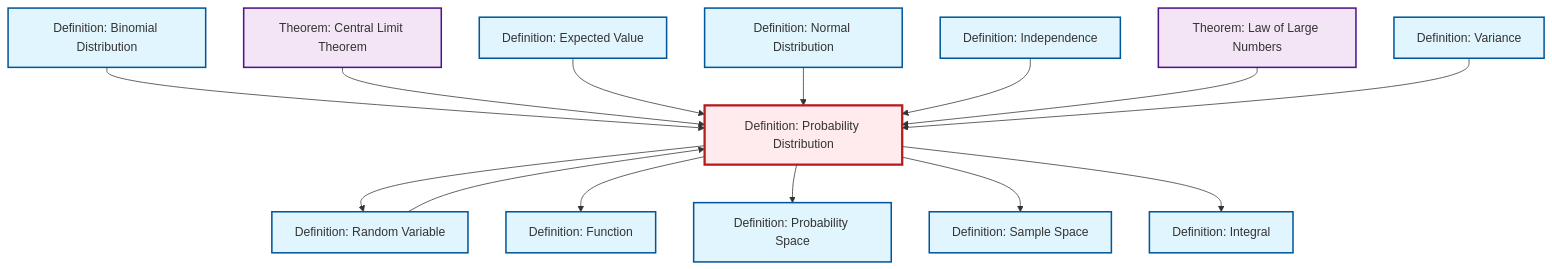
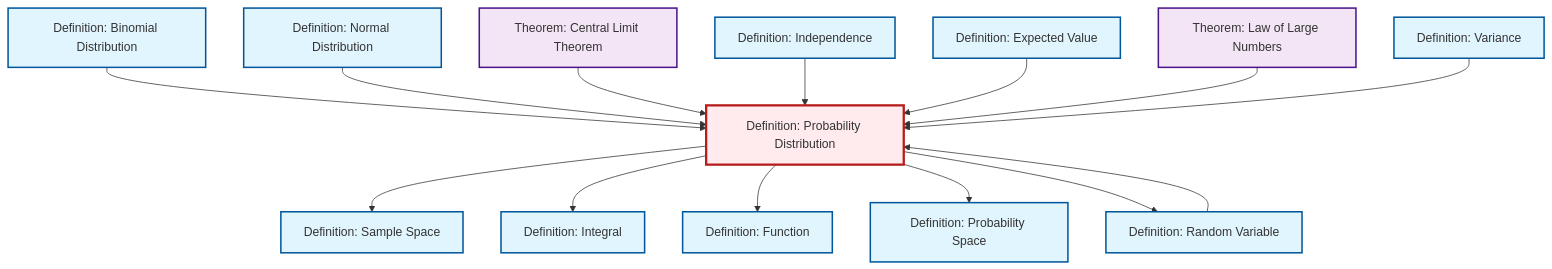
The diagram in content/en/probability-statistics/def-probability-distribution.qmd (RK0429/ModernMath), drawn with Mermaid before and after one commit. The commit also changed other lines of this file and 1012 other files, not shown here.

````diff
--- a/content/en/probability-statistics/def-probability-distribution.qmd
+++ b/content/en/probability-statistics/def-probability-distribution.qmd
@@ -99,48 +99,48 @@
 ```{mermaid}
 %%| fig-cap: "Local dependency graph"
 graph TD
     classDef definition fill:#e1f5fe,stroke:#01579b,stroke-width:2px
     classDef theorem fill:#f3e5f5,stroke:#4a148c,stroke-width:2px
     classDef axiom fill:#fff3e0,stroke:#e65100,stroke-width:2px
     classDef example fill:#e8f5e9,stroke:#1b5e20,stroke-width:2px
     classDef current fill:#ffebee,stroke:#b71c1c,stroke-width:3px
+    def-probability-distribution["Definition: Probability Distribution"]:::definition
+    def-expectation["Definition: Expected Value"]:::definition
+    thm-central-limit["Theorem: Central Limit Theorem"]:::theorem
+    def-random-variable["Definition: Random Variable"]:::definition
+    def-binomial-distribution["Definition: Binomial Distribution"]:::definition
+    def-independence["Definition: Independence"]:::definition
+    def-function["Definition: Function"]:::definition
     def-sample-space["Definition: Sample Space"]:::definition
     def-integral["Definition: Integral"]:::definition
-    def-expectation["Definition: Expected Value"]:::definition
-    thm-central-limit["Theorem: Central Limit Theorem"]:::theorem
-    def-function["Definition: Function"]:::definition
-    def-binomial-distribution["Definition: Binomial Distribution"]:::definition
-    def-random-variable["Definition: Random Variable"]:::definition
+    thm-law-of-large-numbers["Theorem: Law of Large Numbers"]:::theorem
+    def-normal-distribution["Definition: Normal Distribution"]:::definition
+    def-probability-space["Definition: Probability Space"]:::definition
     def-variance["Definition: Variance"]:::definition
-    def-probability-space["Definition: Probability Space"]:::definition
-    thm-law-of-large-numbers["Theorem: Law of Large Numbers"]:::theorem
-    def-independence["Definition: Independence"]:::definition
-    def-probability-distribution["Definition: Probability Distribution"]:::definition
-    def-normal-distribution["Definition: Normal Distribution"]:::definition
+    def-probability-distribution --> def-sample-space
+    def-random-variable --> def-probability-distribution
+    def-binomial-distribution --> def-probability-distribution
+    def-probability-distribution --> def-integral
+    def-normal-distribution --> def-probability-distribution
+    thm-central-limit --> def-probability-distribution
+    def-independence --> def-probability-distribution
+    def-expectation --> def-probability-distribution
+    def-probability-distribution --> def-function
+    def-probability-distribution --> def-probability-space
     def-probability-distribution --> def-random-variable
-    def-probability-distribution --> def-function
-    def-binomial-distribution --> def-probability-distribution
-    def-probability-distribution --> def-probability-space
-    thm-central-limit --> def-probability-distribution
-    def-expectation --> def-probability-distribution
-    def-normal-distribution --> def-probability-distribution
-    def-independence --> def-probability-distribution
-    def-random-variable --> def-probability-distribution
-    def-probability-distribution --> def-sample-space
     thm-law-of-large-numbers --> def-probability-distribution
-    def-probability-distribution --> def-integral
     def-variance --> def-probability-distribution
     class def-probability-distribution current
+    click def-expectation "def-expectation.html" "Go to Expected Value definition"
+    click thm-central-limit "thm-central-limit.html" "Go to Central Limit Theorem theorem"
+    click def-random-variable "def-random-variable.html" "Go to Random Variable definition"
+    click def-binomial-distribution "def-binomial-distribution.html" "Go to Binomial Distribution definition"
+    click def-independence "def-independence.html" "Go to Independence definition"
+    click def-function "def-function.html" "Go to Function definition"
     click def-sample-space "def-sample-space.html" "Go to Sample Space definition"
     click def-integral "def-integral.html" "Go to Integral definition"
-    click def-expectation "def-expectation.html" "Go to Expected Value definition"
-    click thm-central-limit "thm-central-limit.html" "Go to Central Limit Theorem theorem"
-    click def-function "def-function.html" "Go to Function definition"
-    click def-binomial-distribution "def-binomial-distribution.html" "Go to Binomial Distribution definition"
-    click def-random-variable "def-random-variable.html" "Go to Random Variable definition"
+    click thm-law-of-large-numbers "thm-law-of-large-numbers.html" "Go to Law of Large Numbers theorem"
+    click def-normal-distribution "def-normal-distribution.html" "Go to Normal Distribution definition"
+    click def-probability-space "def-probability-space.html" "Go to Probability Space definition"
     click def-variance "def-variance.html" "Go to Variance definition"
-    click def-probability-space "def-probability-space.html" "Go to Probability Space definition"
-    click thm-law-of-large-numbers "thm-law-of-large-numbers.html" "Go to Law of Large Numbers theorem"
-    click def-independence "def-independence.html" "Go to Independence definition"
-    click def-normal-distribution "def-normal-distribution.html" "Go to Normal Distribution definition"
 ```
````
